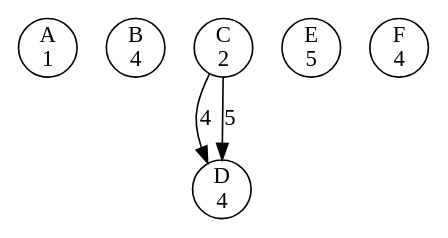
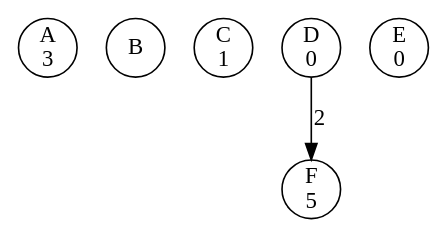
One commit to li23179/GO changed the diagram in concurrency-lab-2/bank/out/0000000017.gv. Above: the diagram before and after it, drawn with Graphviz. The commit also changed 110 other files, not shown here.

```diff
--- a/concurrency-lab-2/bank/out/0000000017.gv
+++ b/concurrency-lab-2/bank/out/0000000017.gv
@@ -1,10 +1,9 @@
 digraph bank {
-	 0 [label= "A\n1" , pos= "1,0!" , shape=circle, fixedsize=true, width=0.5 ]
-	 1 [label= "B\n4" , pos= "0,1!" , shape=circle, fixedsize=true, width=0.5 ]
-	 2 [label= "C\n2" , pos= "1,2!" , shape=circle, fixedsize=true, width=0.5 ]
-	 3 [label= "D\n4" , pos= "2,2!" , shape=circle, fixedsize=true, width=0.5 ]
-	 4 [label= "E\n5" , pos= "3,1!" , shape=circle, fixedsize=true, width=0.5 ]
-	 5 [label= "F\n4" , pos= "2,0!" , shape=circle, fixedsize=true, width=0.5 ]
-	 "2" -> "3" [label= "4" ]
-	 "2" -> "3" [label= "5" ]
+	 0 [label= "A\n3" , pos= "1,0!" , shape=circle, fixedsize=true, width=0.5 ]
+	 1 [label= "B\n" , pos= "0,1!" , shape=circle, fixedsize=true, width=0.5 ]
+	 2 [label= "C\n1" , pos= "1,2!" , shape=circle, fixedsize=true, width=0.5 ]
+	 3 [label= "D\n0" , pos= "2,2!" , shape=circle, fixedsize=true, width=0.5 ]
+	 4 [label= "E\n0" , pos= "3,1!" , shape=circle, fixedsize=true, width=0.5 ]
+	 5 [label= "F\n5" , pos= "2,0!" , shape=circle, fixedsize=true, width=0.5 ]
+	 "3" -> "5" [label= "2" ]
 }
```
